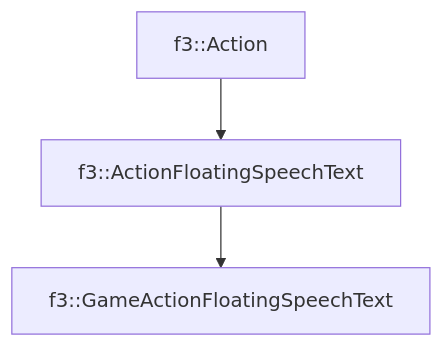
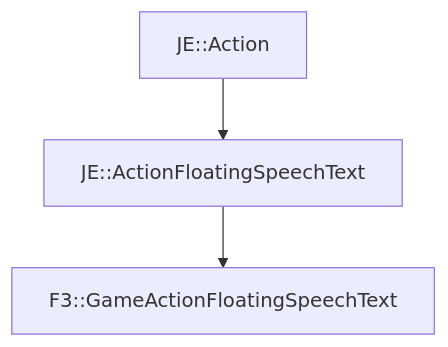
Before and after one commit to OpenJE/openvb: the diagram in docs/f3/GameActionFloatingSpeechText.md, drawn with Mermaid. The commit also changed other lines of this file and 1399 other files, not shown here.

````diff
--- a/docs/f3/GameActionFloatingSpeechText.md
+++ b/docs/f3/GameActionFloatingSpeechText.md
@@ -17,5 +17,5 @@
 ```mermaid
 graph TD;
-    f3::Action --> f3::ActionFloatingSpeechText
-    f3::ActionFloatingSpeechText --> f3::GameActionFloatingSpeechText
+    JE::Action --> JE::ActionFloatingSpeechText
+    JE::ActionFloatingSpeechText --> F3::GameActionFloatingSpeechText
 ```
````
